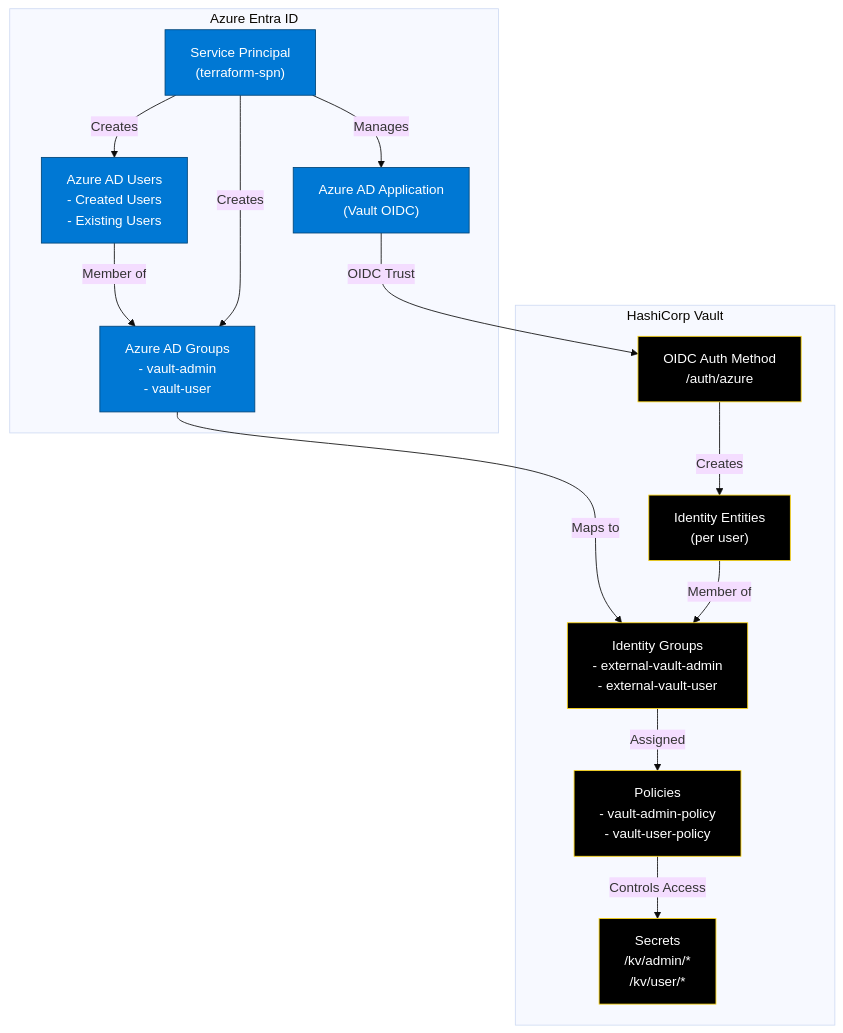
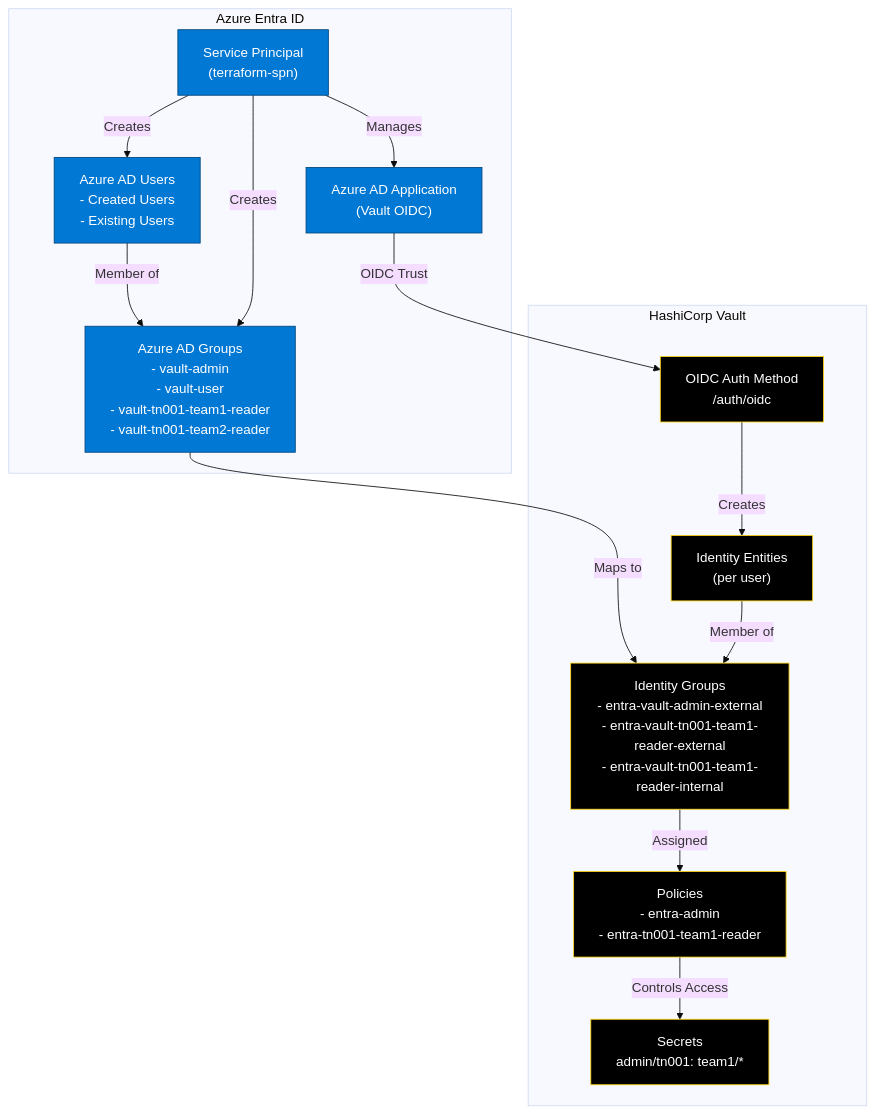
The first of 2 diagrams in labs/entra-id/README.md (nhsy-hcp/docker-vault-stack), drawn with Mermaid (base theme) before and after one commit. The commit also changed other lines of this file and 7 other files, not shown here.

````diff
--- a/labs/entra-id/README.md
+++ b/labs/entra-id/README.md
@@ -150,34 +22,34 @@
 ```mermaid
 graph TB
     subgraph Azure["Azure Entra ID"]
         SP["Service Principal<br/>(terraform-spn)"]
         APP["Azure AD Application<br/>(Vault OIDC)"]
-        GROUPS["Azure AD Groups<br/>- vault-admin<br/>- vault-user"]
+        GROUPS["Azure AD Groups<br/>- vault-admin<br/>- vault-user<br/>- vault-tn001-team1-reader<br/>- vault-tn001-team2-reader"]
         USERS["Azure AD Users<br/>- Created Users<br/>- Existing Users"]
     end
 
     subgraph Vault["HashiCorp Vault"]
-        OIDC["OIDC Auth Method<br/>/auth/azure"]
+        OIDC["OIDC Auth Method<br/>/auth/oidc"]
         IE["Identity Entities<br/>(per user)"]
-        IG["Identity Groups<br/>- external-vault-admin<br/>- external-vault-user"]
-        POL["Policies<br/>- vault-admin-policy<br/>- vault-user-policy"]
-        SEC["Secrets<br/>/kv/admin/*<br/>/kv/user/*"]
+        IG["Identity Groups<br/>- entra-vault-admin-external<br/>- entra-vault-tn001-team1-reader-external<br/>- entra-vault-tn001-team1-reader-internal"]
+        POL["Policies<br/>- entra-admin<br/>- entra-tn001-team1-reader"]
+        SEC["Secrets<br/>admin/tn001: team1/*"]
     end
 
     USERS -->|Member of| GROUPS
     SP -->|Manages| APP
     SP -->|Creates| GROUPS
     SP -->|Creates| USERS
 
     APP -->|OIDC Trust| OIDC
     OIDC -->|Creates| IE
     GROUPS -->|Maps to| IG
     IE -->|Member of| IG
     IG -->|Assigned| POL
     POL -->|Controls Access| SEC
 
     classDef azure fill:#0078D4,stroke:#004578,color:#fff
     classDef vault fill:#000,stroke:#FFD814,color:#fff
     class SP,APP,GROUPS,USERS azure
     class OIDC,IE,IG,POL,SEC vault
 ```
````
